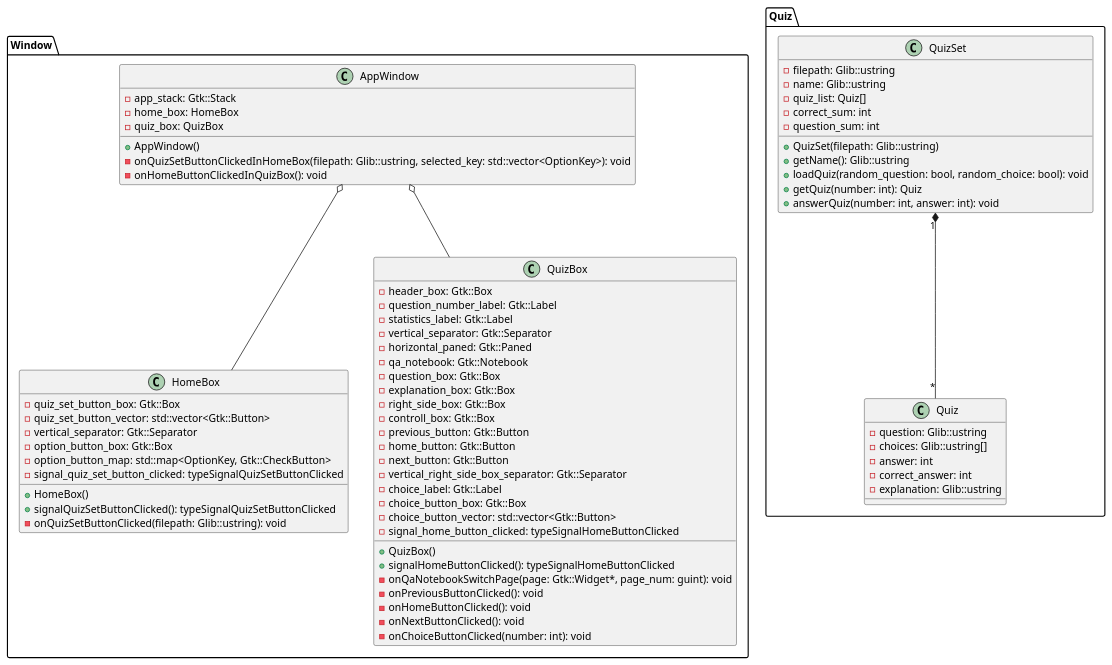
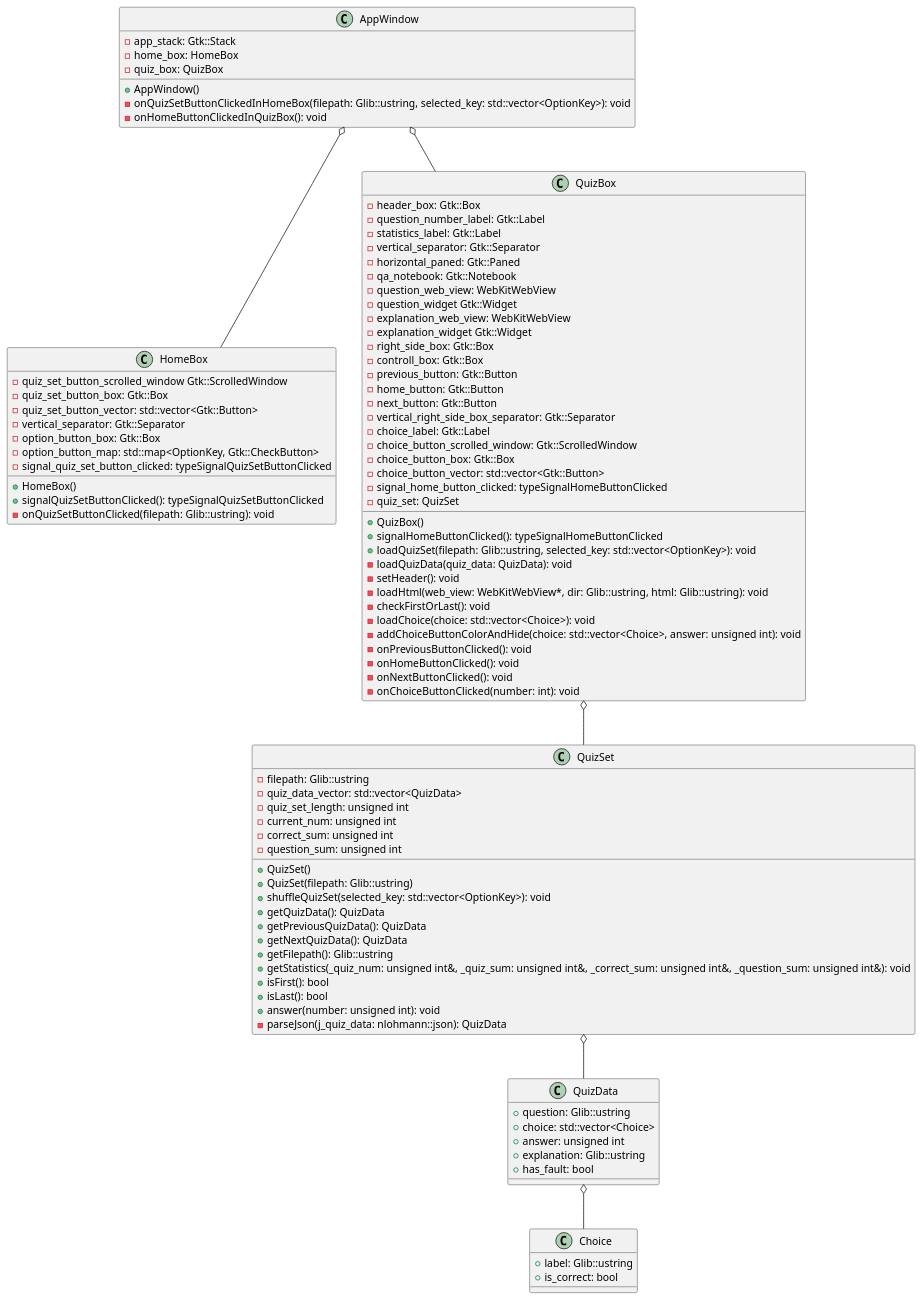
Before and after one commit to mikiya1130/Multiple_Choice_Quiz: the diagram in design/class_diagram.plantuml, drawn with PlantUML. The commit also changed 14 other files, not shown here.

Commit message:
Add quiz page

```diff
--- a/design/class_diagram.plantuml
+++ b/design/class_diagram.plantuml
@@ -1,86 +1,107 @@
 @startuml class_diagram
 
-package "Window" {
-    class AppWindow {
-        - app_stack: Gtk::Stack
-        - home_box: HomeBox
-        - quiz_box: QuizBox
+class AppWindow {
+    - app_stack: Gtk::Stack
+    - home_box: HomeBox
+    - quiz_box: QuizBox
 
-        + AppWindow()
-        - onQuizSetButtonClickedInHomeBox(filepath: Glib::ustring, selected_key: std::vector<OptionKey>): void
-        - onHomeButtonClickedInQuizBox(): void
-    }
-
-    class HomeBox {
-        - quiz_set_button_box: Gtk::Box
-        - quiz_set_button_vector: std::vector<Gtk::Button>
-        - vertical_separator: Gtk::Separator
-        - option_button_box: Gtk::Box
-        - option_button_map: std::map<OptionKey, Gtk::CheckButton>
-        - signal_quiz_set_button_clicked: typeSignalQuizSetButtonClicked
-
-        + HomeBox()
-        + signalQuizSetButtonClicked(): typeSignalQuizSetButtonClicked
-        - onQuizSetButtonClicked(filepath: Glib::ustring): void
-    }
-
-    class QuizBox {
-        - header_box: Gtk::Box
-        - question_number_label: Gtk::Label
-        - statistics_label: Gtk::Label
-        - vertical_separator: Gtk::Separator
-        - horizontal_paned: Gtk::Paned
-        - qa_notebook: Gtk::Notebook
-        - question_box: Gtk::Box
-        - explanation_box: Gtk::Box
-        - right_side_box: Gtk::Box
-        - controll_box: Gtk::Box
-        - previous_button: Gtk::Button
-        - home_button: Gtk::Button
-        - next_button: Gtk::Button
-        - vertical_right_side_box_separator: Gtk::Separator
-        - choice_label: Gtk::Label
-        - choice_button_box: Gtk::Box
-        - choice_button_vector: std::vector<Gtk::Button>
-        - signal_home_button_clicked: typeSignalHomeButtonClicked
-
-        + QuizBox()
-        + signalHomeButtonClicked(): typeSignalHomeButtonClicked
-        - onQaNotebookSwitchPage(page: Gtk::Widget*, page_num: guint): void
-        - onPreviousButtonClicked(): void
-        - onHomeButtonClicked(): void
-        - onNextButtonClicked(): void
-        - onChoiceButtonClicked(number: int): void
-    }
-
-    AppWindow o-- HomeBox
-    AppWindow o-- QuizBox
+    + AppWindow()
+    - onQuizSetButtonClickedInHomeBox(filepath: Glib::ustring, selected_key: std::vector<OptionKey>): void
+    - onHomeButtonClickedInQuizBox(): void
 }
 
-package "Quiz" {
-    class QuizSet {
-        - filepath: Glib::ustring
-        - name: Glib::ustring
-        - quiz_list: Quiz[]
-        - correct_sum: int
-        - question_sum: int
+class HomeBox {
+    - quiz_set_button_scrolled_window Gtk::ScrolledWindow
+    - quiz_set_button_box: Gtk::Box
+    - quiz_set_button_vector: std::vector<Gtk::Button>
+    - vertical_separator: Gtk::Separator
+    - option_button_box: Gtk::Box
+    - option_button_map: std::map<OptionKey, Gtk::CheckButton>
+    - signal_quiz_set_button_clicked: typeSignalQuizSetButtonClicked
 
-        + QuizSet(filepath: Glib::ustring)
-        + getName(): Glib::ustring
-        + loadQuiz(random_question: bool, random_choice: bool): void
-        + getQuiz(number: int): Quiz
-        + answerQuiz(number: int, answer: int): void
-    }
-
-    class Quiz {
-        - question: Glib::ustring
-        - choices: Glib::ustring[]
-        - answer: int
-        - correct_answer: int
-        - explanation: Glib::ustring
-    }
-
-    QuizSet "1" *-- "*" Quiz
+    + HomeBox()
+    + signalQuizSetButtonClicked(): typeSignalQuizSetButtonClicked
+    - onQuizSetButtonClicked(filepath: Glib::ustring): void
 }
 
+class QuizBox {
+    - header_box: Gtk::Box
+    - question_number_label: Gtk::Label
+    - statistics_label: Gtk::Label
+    - vertical_separator: Gtk::Separator
+    - horizontal_paned: Gtk::Paned
+    - qa_notebook: Gtk::Notebook
+    - question_web_view: WebKitWebView
+    - question_widget Gtk::Widget
+    - explanation_web_view: WebKitWebView
+    - explanation_widget Gtk::Widget
+    - right_side_box: Gtk::Box
+    - controll_box: Gtk::Box
+    - previous_button: Gtk::Button
+    - home_button: Gtk::Button
+    - next_button: Gtk::Button
+    - vertical_right_side_box_separator: Gtk::Separator
+    - choice_label: Gtk::Label
+    - choice_button_scrolled_window: Gtk::ScrolledWindow
+    - choice_button_box: Gtk::Box
+    - choice_button_vector: std::vector<Gtk::Button>
+    - signal_home_button_clicked: typeSignalHomeButtonClicked
+    - quiz_set: QuizSet
+
+    + QuizBox()
+    + signalHomeButtonClicked(): typeSignalHomeButtonClicked
+    + loadQuizSet(filepath: Glib::ustring, selected_key: std::vector<OptionKey>): void
+    - loadQuizData(quiz_data: QuizData): void
+    - setHeader(): void
+    - loadHtml(web_view: WebKitWebView*, dir: Glib::ustring, html: Glib::ustring): void
+    - checkFirstOrLast(): void
+    - loadChoice(choice: std::vector<Choice>): void
+    - addChoiceButtonColorAndHide(choice: std::vector<Choice>, answer: unsigned int): void
+    - onPreviousButtonClicked(): void
+    - onHomeButtonClicked(): void
+    - onNextButtonClicked(): void
+    - onChoiceButtonClicked(number: int): void
+}
+
+class QuizSet {
+    - filepath: Glib::ustring
+    - quiz_data_vector: std::vector<QuizData>
+    - quiz_set_length: unsigned int
+    - current_num: unsigned int
+    - correct_sum: unsigned int
+    - question_sum: unsigned int
+
+    + QuizSet()
+    + QuizSet(filepath: Glib::ustring)
+    + shuffleQuizSet(selected_key: std::vector<OptionKey>): void
+    + getQuizData(): QuizData
+    + getPreviousQuizData(): QuizData
+    + getNextQuizData(): QuizData
+    + getFilepath(): Glib::ustring
+    + getStatistics(_quiz_num: unsigned int&, _quiz_sum: unsigned int&, _correct_sum: unsigned int&, _question_sum: unsigned int&): void
+    + isFirst(): bool
+    + isLast(): bool
+    + answer(number: unsigned int): void
+    - parseJson(j_quiz_data: nlohmann::json): QuizData
+}
+
+class QuizData {
+    + question: Glib::ustring
+    + choice: std::vector<Choice>
+    + answer: unsigned int
+    + explanation: Glib::ustring
+    + has_fault: bool
+}
+
+class Choice {
+    + label: Glib::ustring
+    + is_correct: bool
+}
+
+AppWindow o-- HomeBox
+AppWindow o-- QuizBox
+QuizBox o-- QuizSet
+QuizSet o-- QuizData
+QuizData o-- Choice
+
 @enduml
```
